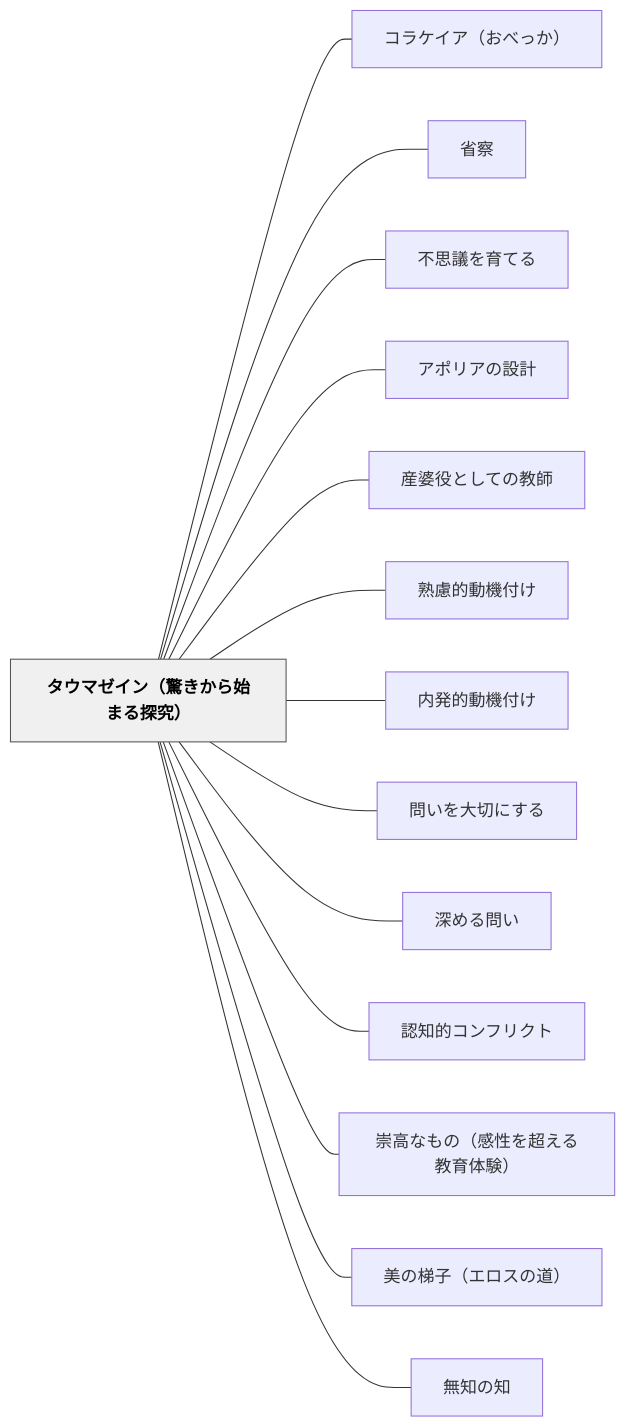
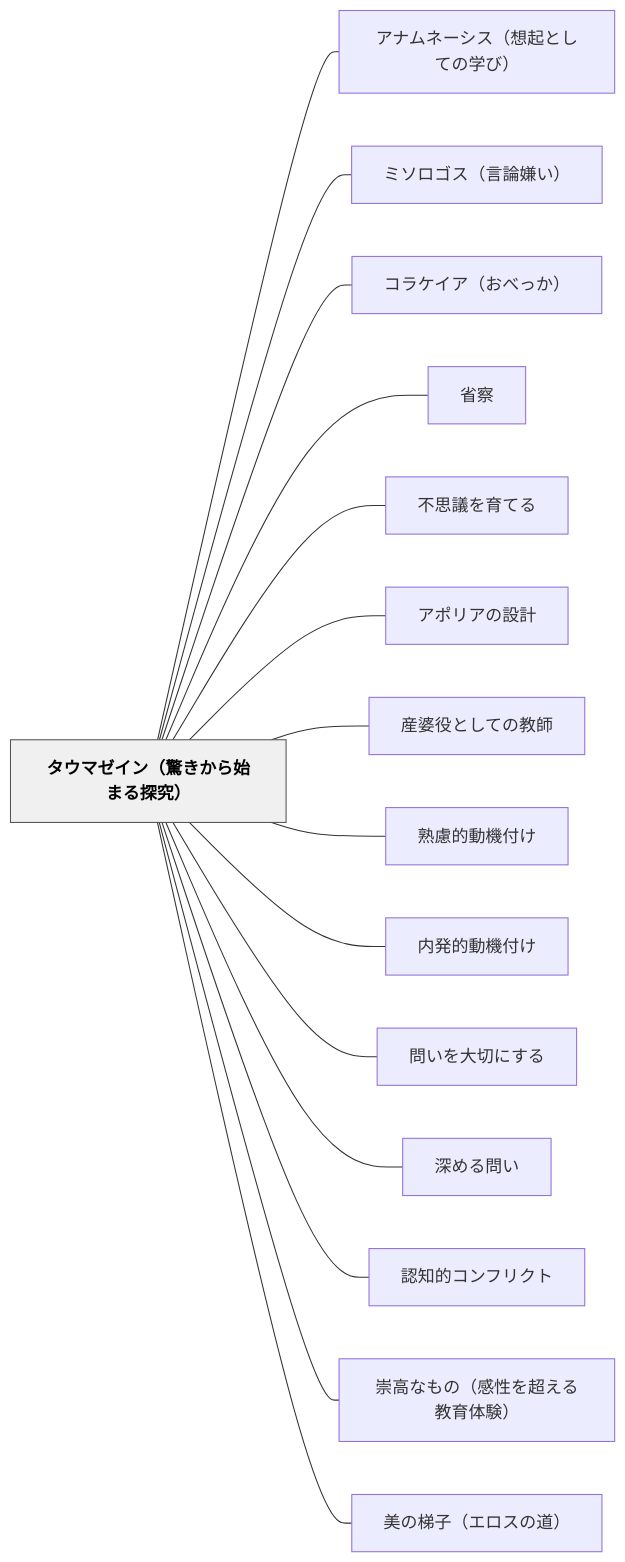
One commit to unknownthings-ed-patterns/unknownthings-ed-patterns changed the diagram in content/パタン/タウマゼイン（驚きから始まる探究）.md. Above: the diagram before and after it, drawn with Mermaid. The commit also changed other lines of this file and 18 other files, not shown here.

````diff
--- a/content/パタン/タウマゼイン（驚きから始まる探究）.md
+++ b/content/パタン/タウマゼイン（驚きから始まる探究）.md
@@ -145,34 +179,36 @@
 ```mermaid
 flowchart LR
     ne382bfe382a6e3839ee382bce382a4e383b3efbc88e9a99ae3818de3818be38289e5a78be381bee3828be68ea2e7a9b6efbc89["タウマゼイン（驚きから始まる探究）"]
+    ne382a2e3838ae383a0e3838de383bce382b7e382b9efbc88e683b3e8b5b7e381a8e38197e381a6e381aee5ada6e381b3efbc89["アナムネーシス（想起としての学び）"]
+    ne3839fe382bde383ade382b4e382b9efbc88e8a880e8ab96e5ab8ce38184efbc89["ミソロゴス（言論嫌い）"]
     ne382b3e383a9e382b1e382a4e382a2efbc88e3818ae381b9e381a3e3818befbc89["コラケイア（おべっか）"]
     ne79c81e5af9f["省察"]
     ne4b88de6809de8adb0e38292e882b2e381a6e3828b["不思議を育てる"]
     ne382a2e3839de383aae382a2e381aee8a8ade8a888["アポリアの設計"]
     ne794a3e5a986e5bdb9e381a8e38197e381a6e381aee69599e5b8ab["産婆役としての教師"]
     ne7869fe685aee79a84e58b95e6a99fe4bb98e38191["熟慮的動機付け"]
     ne58685e799bae79a84e58b95e6a99fe4bb98e38191["内発的動機付け"]
     ne5958fe38184e38292e5a4a7e58887e381abe38199e3828b["問いを大切にする"]
     ne6b7b1e38281e3828be5958fe38184["深める問い"]
     ne8aa8de79fa5e79a84e382b3e383b3e38395e383aae382afe38388["認知的コンフリクト"]
     ne5b487e9ab98e381aae38282e381aeefbc88e6849fe680a7e38292e8b685e38188e3828be69599e882b2e4bd93e9a893efbc89["崇高なもの（感性を超える教育体験）"]
     ne7be8ee381aee6a2afe5ad90efbc88e382a8e383ade382b9e381aee98193efbc89["美の梯子（エロスの道）"]
-    ne784a1e79fa5e381aee79fa5["無知の知"]
 
+    ne382bfe382a6e3839ee382bce382a4e383b3efbc88e9a99ae3818de3818be38289e5a78be381bee3828be68ea2e7a9b6efbc89 --- ne382a2e3838ae383a0e3838de383bce382b7e382b9efbc88e683b3e8b5b7e381a8e38197e381a6e381aee5ada6e381b3efbc89
+    ne382bfe382a6e3839ee382bce382a4e383b3efbc88e9a99ae3818de3818be38289e5a78be381bee3828be68ea2e7a9b6efbc89 --- ne3839fe382bde383ade382b4e382b9efbc88e8a880e8ab96e5ab8ce38184efbc89
     ne382bfe382a6e3839ee382bce382a4e383b3efbc88e9a99ae3818de3818be38289e5a78be381bee3828be68ea2e7a9b6efbc89 --- ne382b3e383a9e382b1e382a4e382a2efbc88e3818ae381b9e381a3e3818befbc89
     ne382bfe382a6e3839ee382bce382a4e383b3efbc88e9a99ae3818de3818be38289e5a78be381bee3828be68ea2e7a9b6efbc89 --- ne79c81e5af9f
     ne382bfe382a6e3839ee382bce382a4e383b3efbc88e9a99ae3818de3818be38289e5a78be381bee3828be68ea2e7a9b6efbc89 --- ne4b88de6809de8adb0e38292e882b2e381a6e3828b
     ne382bfe382a6e3839ee382bce382a4e383b3efbc88e9a99ae3818de3818be38289e5a78be381bee3828be68ea2e7a9b6efbc89 --- ne382a2e3839de383aae382a2e381aee8a8ade8a888
     ne382bfe382a6e3839ee382bce382a4e383b3efbc88e9a99ae3818de3818be38289e5a78be381bee3828be68ea2e7a9b6efbc89 --- ne794a3e5a986e5bdb9e381a8e38197e381a6e381aee69599e5b8ab
     ne382bfe382a6e3839ee382bce382a4e383b3efbc88e9a99ae3818de3818be38289e5a78be381bee3828be68ea2e7a9b6efbc89 --- ne7869fe685aee79a84e58b95e6a99fe4bb98e38191
     ne382bfe382a6e3839ee382bce382a4e383b3efbc88e9a99ae3818de3818be38289e5a78be381bee3828be68ea2e7a9b6efbc89 --- ne58685e799bae79a84e58b95e6a99fe4bb98e38191
     ne382bfe382a6e3839ee382bce382a4e383b3efbc88e9a99ae3818de3818be38289e5a78be381bee3828be68ea2e7a9b6efbc89 --- ne5958fe38184e38292e5a4a7e58887e381abe38199e3828b
     ne382bfe382a6e3839ee382bce382a4e383b3efbc88e9a99ae3818de3818be38289e5a78be381bee3828be68ea2e7a9b6efbc89 --- ne6b7b1e38281e3828be5958fe38184
     ne382bfe382a6e3839ee382bce382a4e383b3efbc88e9a99ae3818de3818be38289e5a78be381bee3828be68ea2e7a9b6efbc89 --- ne8aa8de79fa5e79a84e382b3e383b3e38395e383aae382afe38388
     ne382bfe382a6e3839ee382bce382a4e383b3efbc88e9a99ae3818de3818be38289e5a78be381bee3828be68ea2e7a9b6efbc89 --- ne5b487e9ab98e381aae38282e381aeefbc88e6849fe680a7e38292e8b685e38188e3828be69599e882b2e4bd93e9a893efbc89
     ne382bfe382a6e3839ee382bce382a4e383b3efbc88e9a99ae3818de3818be38289e5a78be381bee3828be68ea2e7a9b6efbc89 --- ne7be8ee381aee6a2afe5ad90efbc88e382a8e383ade382b9e381aee98193efbc89
-    ne382bfe382a6e3839ee382bce382a4e383b3efbc88e9a99ae3818de3818be38289e5a78be381bee3828be68ea2e7a9b6efbc89 --- ne784a1e79fa5e381aee79fa5
 
     classDef hub fill:#f0f0f0,stroke:#555,color:#000,font-weight:bold
     class ne382bfe382a6e3839ee382bce382a4e383b3efbc88e9a99ae3818de3818be38289e5a78be381bee3828be68ea2e7a9b6efbc89 hub
 ```
````
